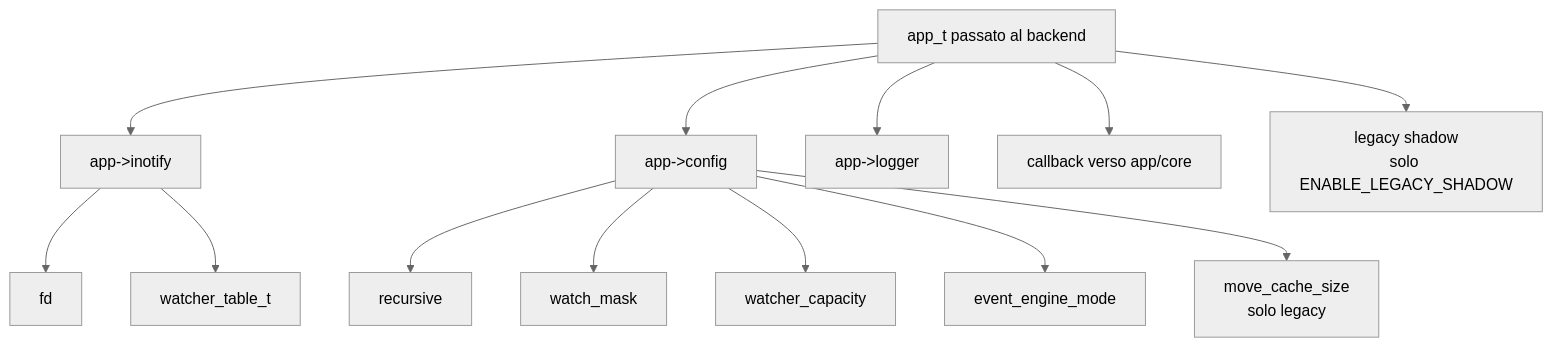
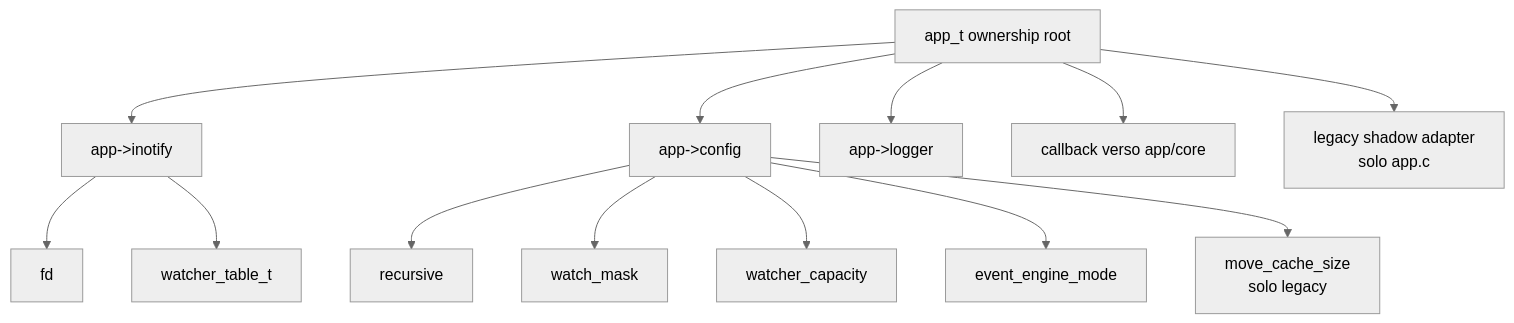
Before and after one commit to kinderp/alfred: the sixth of 19 diagrams in docs/it/16-mappa-codice-e-strutture.md, drawn with Mermaid (neutral theme). The commit also changed other lines of this file and 5 other files, not shown here.

First line of the commit message:
Make legacy shadow bridge opaque

````diff
--- a/docs/it/16-mappa-codice-e-strutture.md
+++ b/docs/it/16-mappa-codice-e-strutture.md
@@ -228,16 +229,16 @@
 ```mermaid
 flowchart TD
-    A["app_t passato al backend"] --> B["app->inotify"]
+    A["app_t ownership root"] --> B["app->inotify"]
     A --> C["app->config"]
     A --> D["app->logger"]
     A --> E["callback verso app/core"]
-    A --> F["legacy shadow<br/>solo ENABLE_LEGACY_SHADOW"]
+    A --> F["legacy shadow adapter<br/>solo app.c"]
 
     B --> B1["fd"]
     B --> B2["watcher_table_t"]
     C --> C1["recursive"]
     C --> C2["watch_mask"]
     C --> C3["watcher_capacity"]
     C --> C4["event_engine_mode"]
     C --> C5["move_cache_size<br/>solo legacy"]
 ```
````
